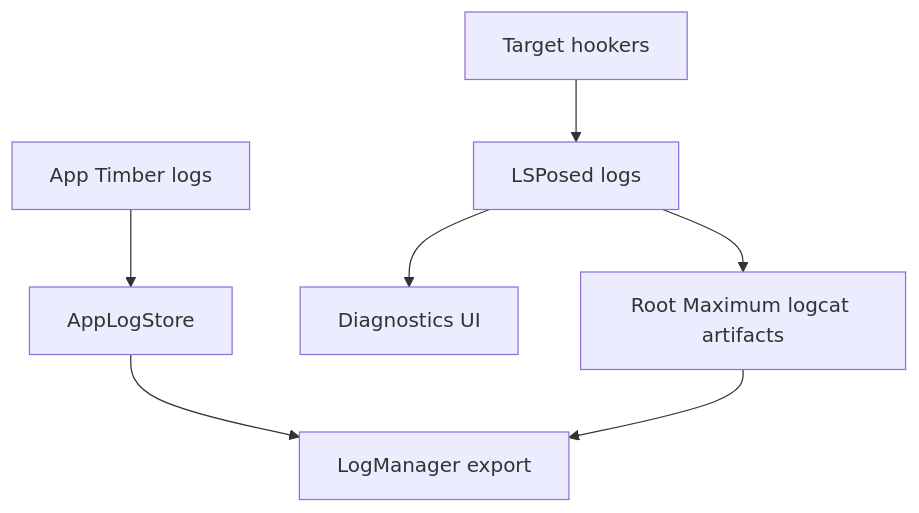
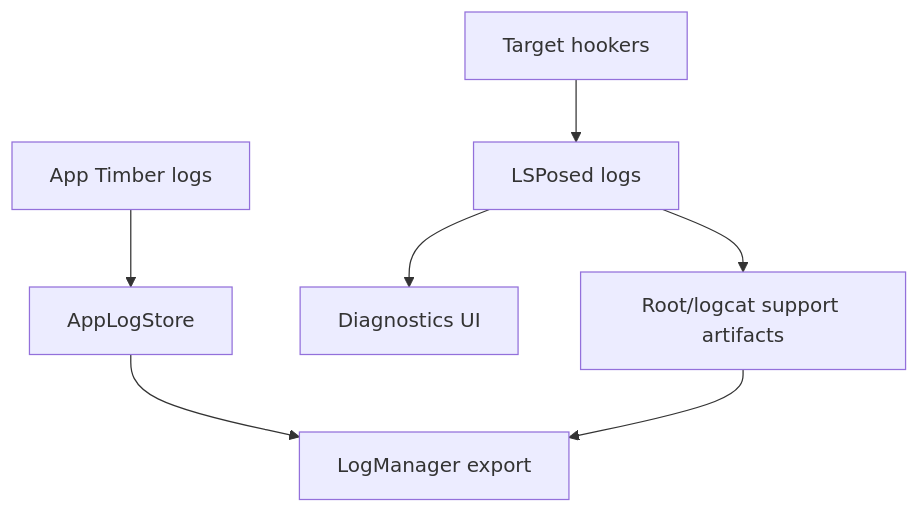
Before and after one commit to mohdakil2426/Device-Masker: the fifth of 6 diagrams in docs/public/ARCHITECTURE.md, drawn with Mermaid. The commit also changed other lines of this file and 25 other files, not shown here.

First line of the commit message:
refactor: simplify diagnostics export flow

````diff
--- a/docs/public/ARCHITECTURE.md
+++ b/docs/public/ARCHITECTURE.md
@@ -156,15 +156,15 @@
 ```mermaid
 flowchart TD
     AppTimber["App Timber logs"]
     AppStore["AppLogStore"]
     Export["LogManager export"]
     Hook["Target hookers"]
     LS["LSPosed logs"]
     UI["Diagnostics UI"]
-    Root["Root Maximum logcat artifacts"]
+    Root["Root/logcat support artifacts"]
 
     AppTimber --> AppStore --> Export
     Hook --> LS
     LS --> UI
     LS --> Root --> Export
 ```
````
